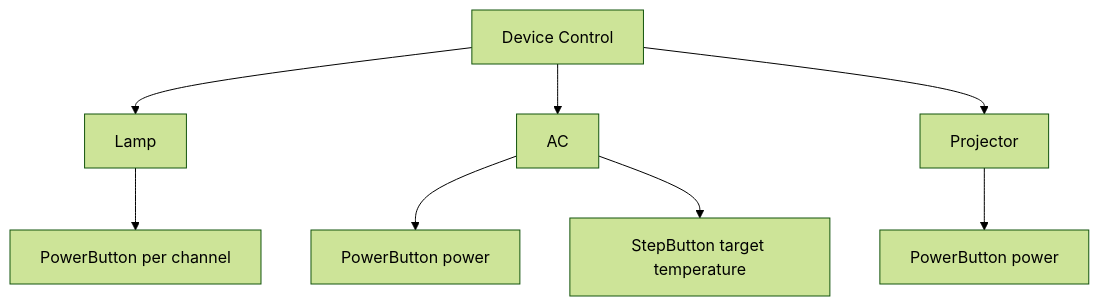
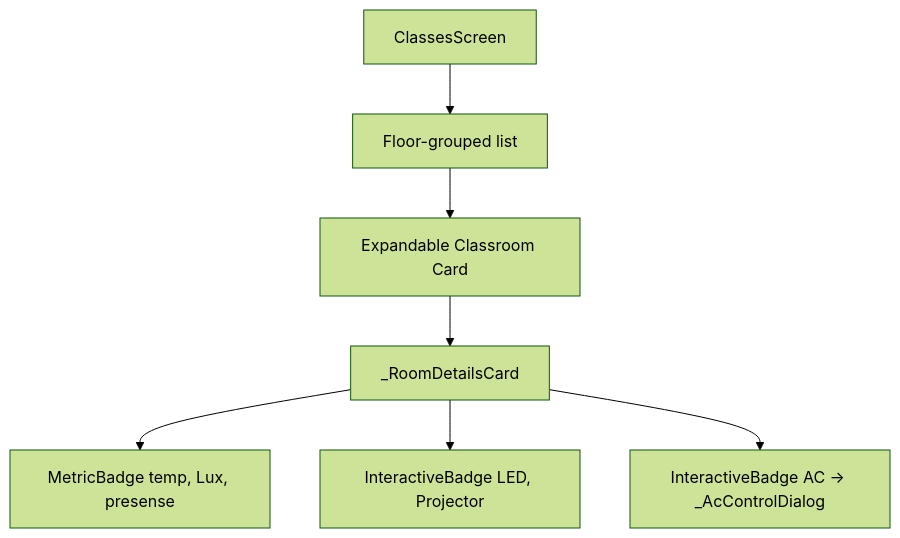
The seventh of 7 diagrams in README.md (hazzma/SmartBuilding-App-V2), drawn with Mermaid (forest theme) before and after one commit. The commit also changed other lines of this file, not shown here.

Commit message:
Update README.md to match codebase and new InfluxDB architecture

````diff
--- a/README.md
+++ b/README.md
@@ -182,11 +146,10 @@
 ```mermaid
 flowchart TD
-    A[Device Control] --> B[Lamp]
-    A --> C[AC]
-    A --> D[Projector]
-
-    B --> E[PowerButton per channel]
-    C --> F[PowerButton power]
-    C --> G[StepButton target temperature]
-    D --> H[PowerButton power]
+    A[ClassesScreen] --> B[Floor-grouped list]
+    B --> C[Expandable Classroom Card]
+    C --> D[_RoomDetailsCard]
+    
+    D --> E[MetricBadge temp, Lux, presense]
+    D --> F[InteractiveBadge LED, Projector]
+    D --> G[InteractiveBadge AC -> _AcControlDialog]
 ```
````
